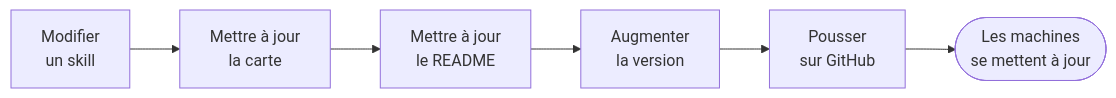
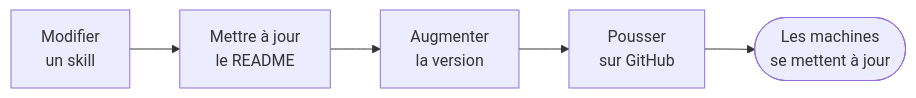
One commit to arthurnicolas59/an-forge changed the seventh of 7 diagrams in README.md. Above: the diagram before and after it, drawn with Mermaid. The commit also changed other lines of this file and 43 other files, not shown here.

````diff
--- a/README.md
+++ b/README.md
@@ -456,8 +467,7 @@
 ```mermaid
 flowchart LR
-    m["Modifier<br/>un skill"] --> carte["Mettre à jour<br/>la carte"]
-    carte --> readme["Mettre à jour<br/>le README"]
+    m["Modifier<br/>un skill"] --> readme["Mettre à jour<br/>le README"]
     readme --> v["Augmenter<br/>la version"]
     v --> push["Pousser<br/>sur GitHub"]
     push --> machines(["Les machines<br/>se mettent à jour"])
 ```
````
